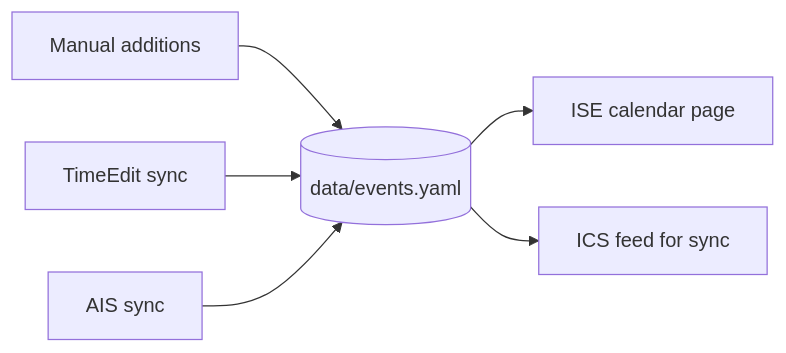
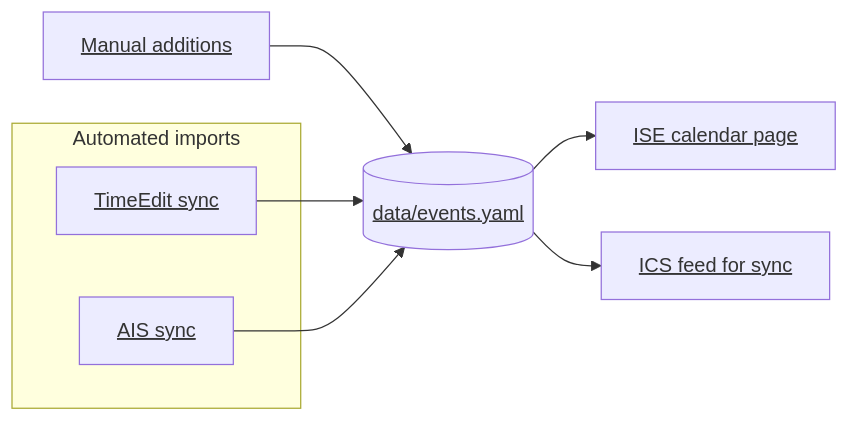
One commit to fs-ise/handbook changed the diagram in calendar.qmd. Above: the diagram before and after it, drawn with Mermaid. The commit also changed other lines of this file, not shown here.

Commit message:
update calendar page

````diff
--- a/calendar.qmd
+++ b/calendar.qmd
@@ -20,25 +20,31 @@
 ```{mermaid}
 flowchart LR
     manual[Manual additions]
-    timeedit[TimeEdit sync]
-    ais[AIS sync]
+
+    subgraph automated[Automated imports]
+        timeedit[TimeEdit sync]
+        ais[AIS sync]
+    end
 
     events[(data/events.yaml)]
 
     calendar[ISE calendar page]
     ics[ICS feed for sync]
 
     manual --> events
     timeedit --> events
     ais --> events
 
     events --> calendar
     events --> ics
 
     click manual "#manual-additions" "Read about manual calendar additions"
-    click timeedit "#timeedit-sync" "Read about the TimeEdit sync"
-    click ais "#ais-sync" "Read about the AIS sync"
+    click timeedit "#automated-imports" "Read about automated imports"
+    click ais "#automated-imports" "Read about automated imports"
     click events "https://github.com/fs-ise/handbook/blob/main/data/events.yaml" "View canonical calendar data"
-    click calendar "#ise-calendar-data-flow" "Read about the calendar page"
+    click calendar "#" "Go to the calendar page"
     click ics "#ics-feed-calendar-sync-output" "Read about the ICS feed"
+
+    classDef clickable text-decoration:underline;
+    class manual,timeedit,ais,events,calendar,ics clickable;
 ```
````
